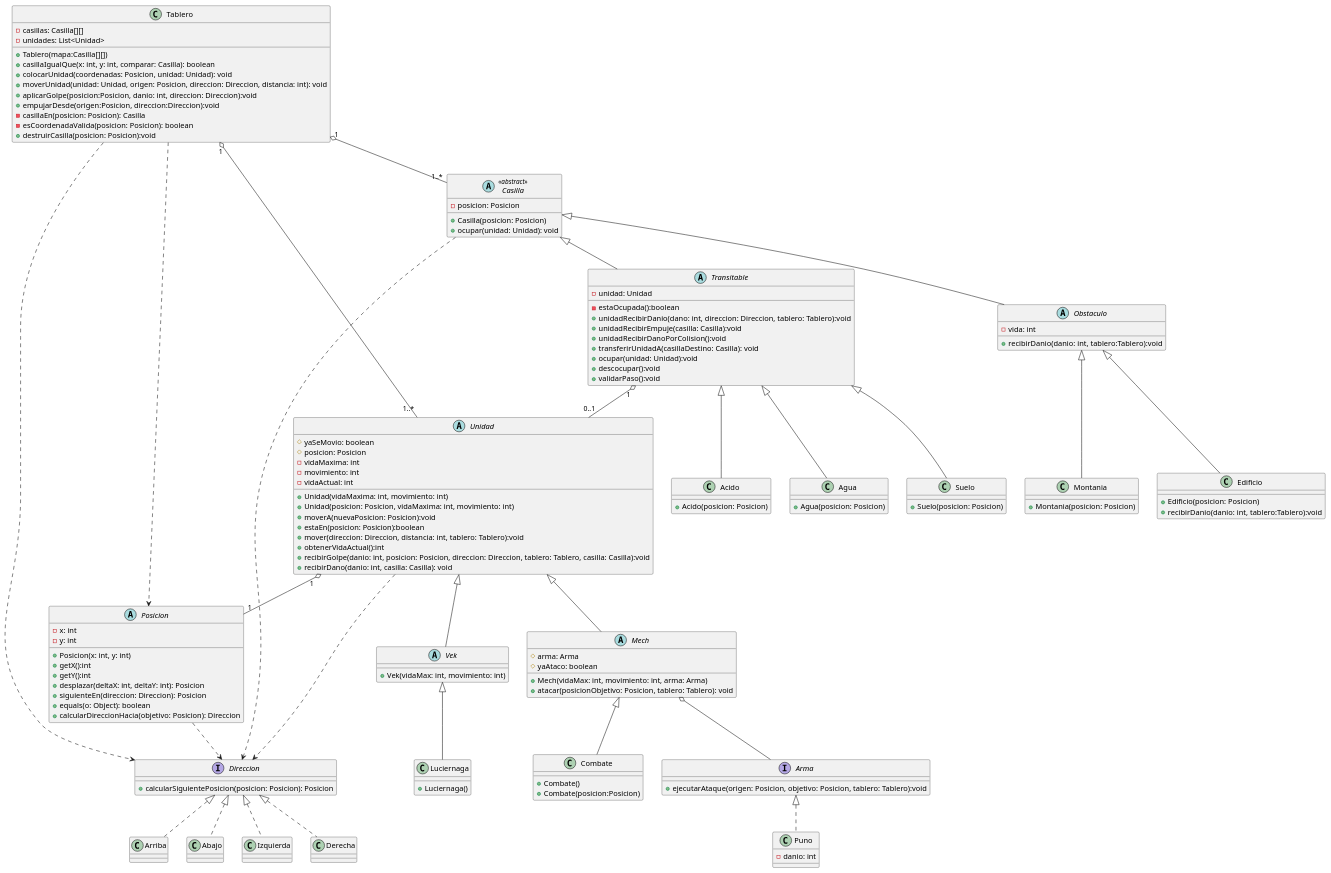
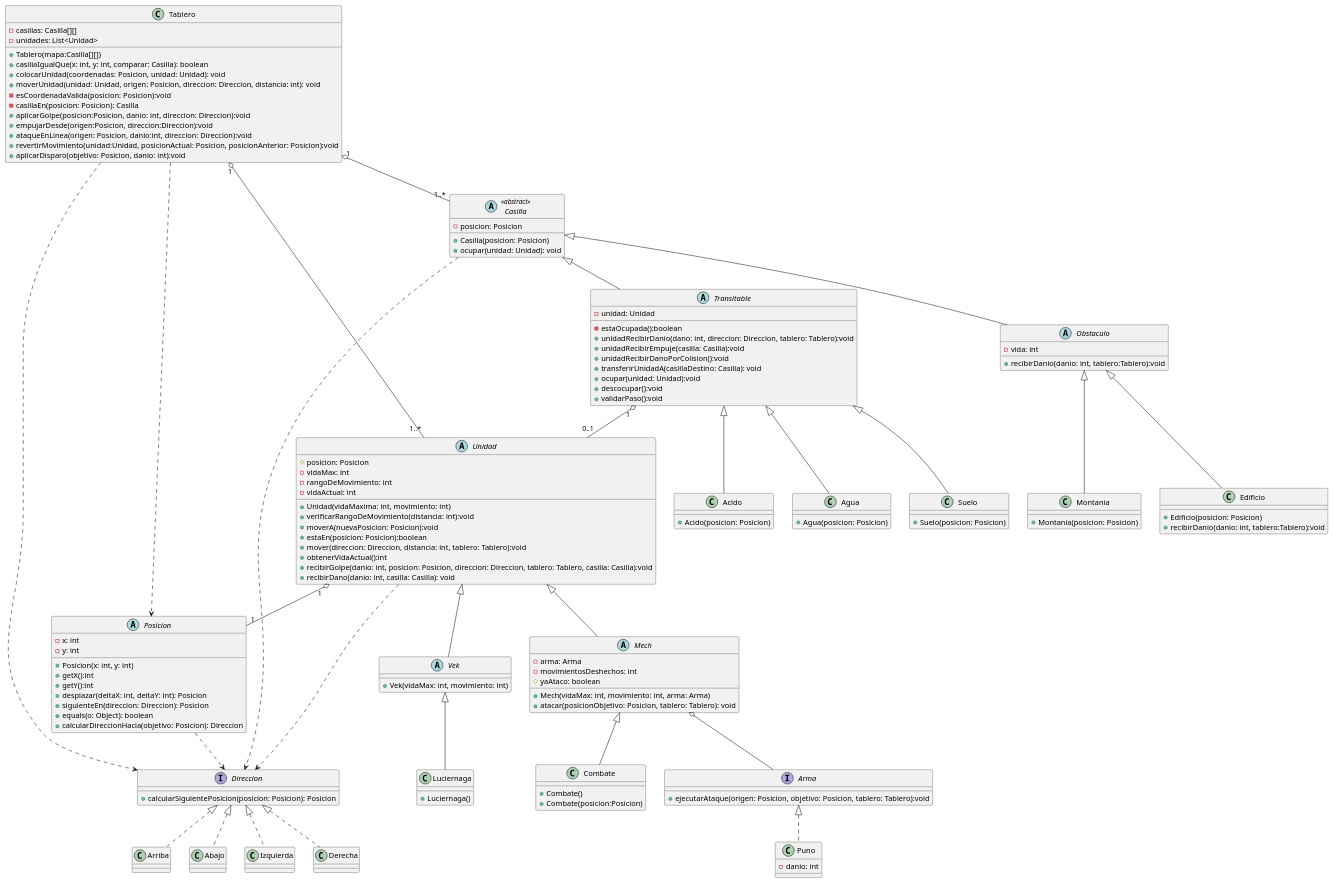
Before and after one commit to MarianoArgerich/TP2_Paradigmas_Suarez: the diagram in diagrams/Entrega1/DiagramaClase.puml, drawn with PlantUML. The commit also changed 9 other files, not shown here.

```diff
--- a/diagrams/Entrega1/DiagramaClase.puml
+++ b/diagrams/Entrega1/DiagramaClase.puml
@@ -1,178 +1,180 @@
 @startuml
 'https://plantuml.com/class-diagram
 
 class Tablero {
         - casillas: Casilla[][]
         - unidades: List<Unidad>
 
         + Tablero(mapa:Casilla[][])
         + casillaIgualQue(x: int, y: int, comparar: Casilla): boolean
         + colocarUnidad(coordenadas: Posicion, unidad: Unidad): void
         + moverUnidad(unidad: Unidad, origen: Posicion, direccion: Direccion, distancia: int): void
+        - esCoordenadaValida(posicion: Posicion):void
+        - casillaEn(posicion: Posicion): Casilla
         + aplicarGolpe(posicion:Posicion, danio: int, direccion: Direccion):void
         + empujarDesde(origen:Posicion, direccion:Direccion):void
-        - casillaEn(posicion: Posicion): Casilla
-        - esCoordenadaValida(posicion: Posicion): boolean
-        + destruirCasilla(posicion: Posicion):void
+        + ataqueEnLinea(origen: Posicion, danio:int, direccion: Direccion):void
+        + revertirMovimiento(unidad:Unidad, posicionActual: Posicion, posicionAnterior: Posicion):void
+        + aplicarDisparo(objetivo: Posicion, danio: int):void
 
 }
 
 abstract class Casilla <<abstract>> {
 
         - posicion: Posicion
 
         + Casilla(posicion: Posicion)
         + ocupar(unidad: Unidad): void
 
 
 }
 
 
 abstract class Transitable extends Casilla{
         - unidad: Unidad
 
         - estaOcupada():boolean
         + unidadRecibirDanio(dano: int, direccion: Direccion, tablero: Tablero):void
         + unidadRecibirEmpuje(casilla: Casilla):void
         + unidadRecibirDanoPorColision():void
         + transferirUnidadA(casillaDestino: Casilla): void
         + ocupar(unidad: Unidad):void
         + descocupar():void
         + validarPaso():void
 
 }
 
 abstract class Obstaculo extends Casilla{
         - vida: int
 
         + recibirDanio(danio: int, tablero:Tablero):void
 }
 
 
 abstract class Unidad {
-        # yaSeMovio: boolean
         # posicion: Posicion
-        - vidaMaxima: int
-        - movimiento: int
+        - vidaMax: int
+        - rangoDeMovimiento: int
         - vidaActual: int
 
         + Unidad(vidaMaxima: int, movimiento: int)
-        + Unidad(posicion: Posicion, vidaMaxima: int, movimiento: int)
+        + verificarRangoDeMovimiento(distancia: int):void
         + moverA(nuevaPosicion: Posicion):void
         + estaEn(posicion: Posicion):boolean
         + mover(direccion: Direccion, distancia: int, tablero: Tablero):void
         + obtenerVidaActual():int
         + recibirGolpe(danio: int, posicion: Posicion, direccion: Direccion, tablero: Tablero, casilla: Casilla):void
         + recibirDano(danio: int, casilla: Casilla): void
 
 }
 
 abstract class Posicion {
         - x: int
         - y: int
 
         + Posicion(x: int, y: int)
         + getX():int
         + getY():int
         + desplazar(deltaX: int, deltaY: int): Posicion
         + siguienteEn(direccion: Direccion): Posicion
         + equals(o: Object): boolean
         + calcularDireccionHacia(objetivo: Posicion): Direccion
 }
 
 interface Direccion {
 
        + calcularSiguientePosicion(posicion: Posicion): Posicion
 }
 
 interface Arma {
 
        + ejecutarAtaque(origen: Posicion, objetivo: Posicion, tablero: Tablero):void
 }
 
 class Puno implements Arma {
         - danio: int
 }
 
 class Acido extends Transitable {
        + Acido(posicion: Posicion)
 }
 
 class Agua extends Transitable {
        + Agua(posicion: Posicion)
 }
 
 class Suelo extends Transitable {
        + Suelo(posicion: Posicion)
 }
 
 class Edificio extends Obstaculo {
 
        + Edificio(posicion: Posicion)
        + recibirDanio(danio: int, tablero:Tablero):void
 
 }
 
 class Montania extends Obstaculo {
 
        + Montania(posicion: Posicion)
 }
 
 
 class Abajo implements Direccion {
 
 }
 class Izquierda implements Direccion {
 
 }
 class Derecha implements Direccion {
 
 }
 class Arriba implements Direccion {
 
 }
 
 abstract class Mech extends Unidad{
-        # arma: Arma
+        - arma: Arma
+        - movimientosDeshechos: int
         # yaAtaco: boolean
 
         + Mech(vidaMax: int, movimiento: int, arma: Arma)
         + atacar(posicionObjetivo: Posicion, tablero: Tablero): void
 }
 
 abstract class Vek extends Unidad{
 
         + Vek(vidaMax: int, movimiento: int)
 }
 
 class Combate extends Mech{
         + Combate()
         + Combate(posicion:Posicion)
 }
 
 class Luciernaga extends Vek{
         + Luciernaga()
 }
 
 Tablero"1" o-- "1..*"Casilla
 Tablero"1" o-- "1..*"Unidad
 Tablero ..> Direccion
 Tablero ..> Posicion
 
 Transitable"1" o-- "0..1"Unidad
 
 Casilla ..> Direccion
 Unidad"1" o-- "1"Posicion
 Unidad ..> Direccion
 
 
 Posicion ..> Direccion
 Mech o-- Arma
 
 
 
 
 
 
 
 @enduml
```
